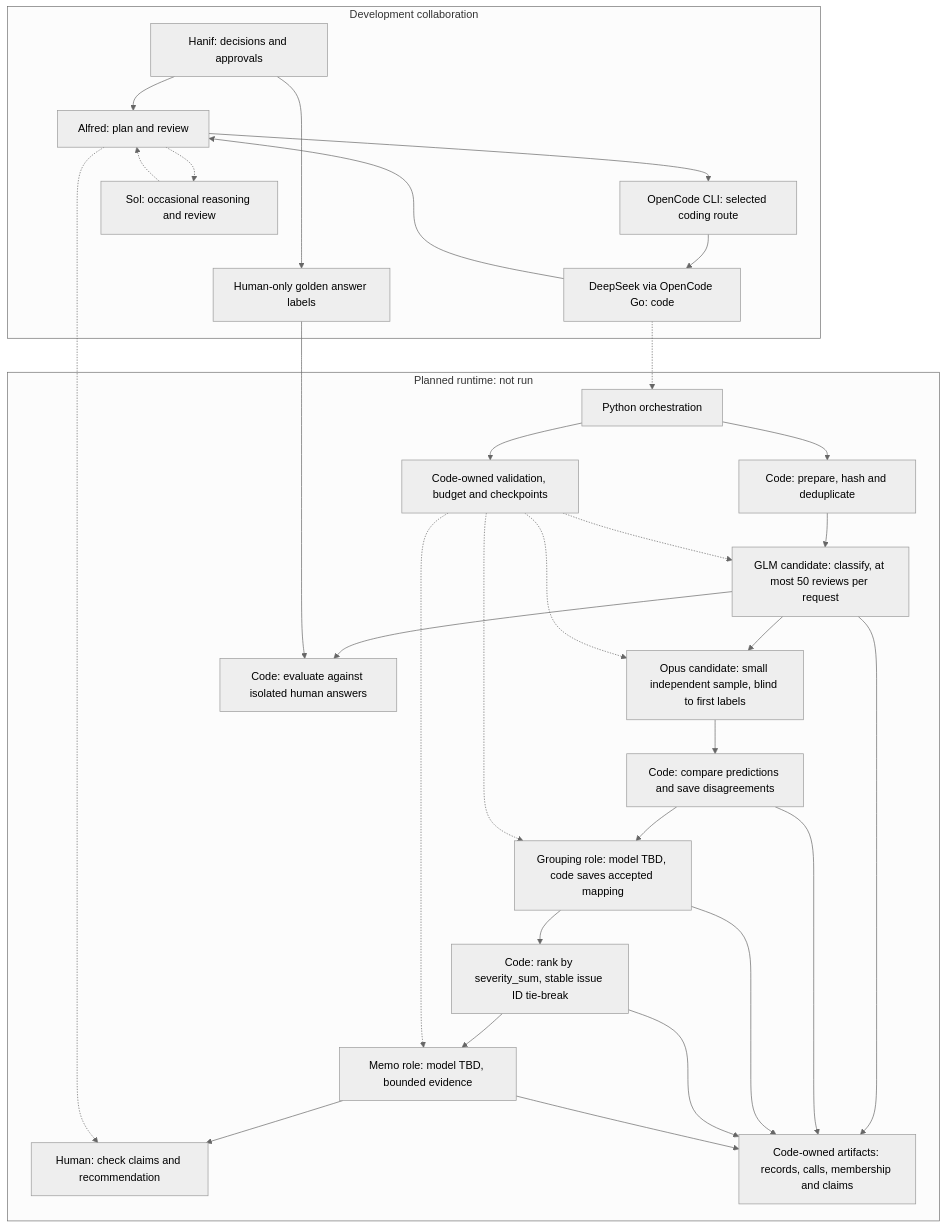
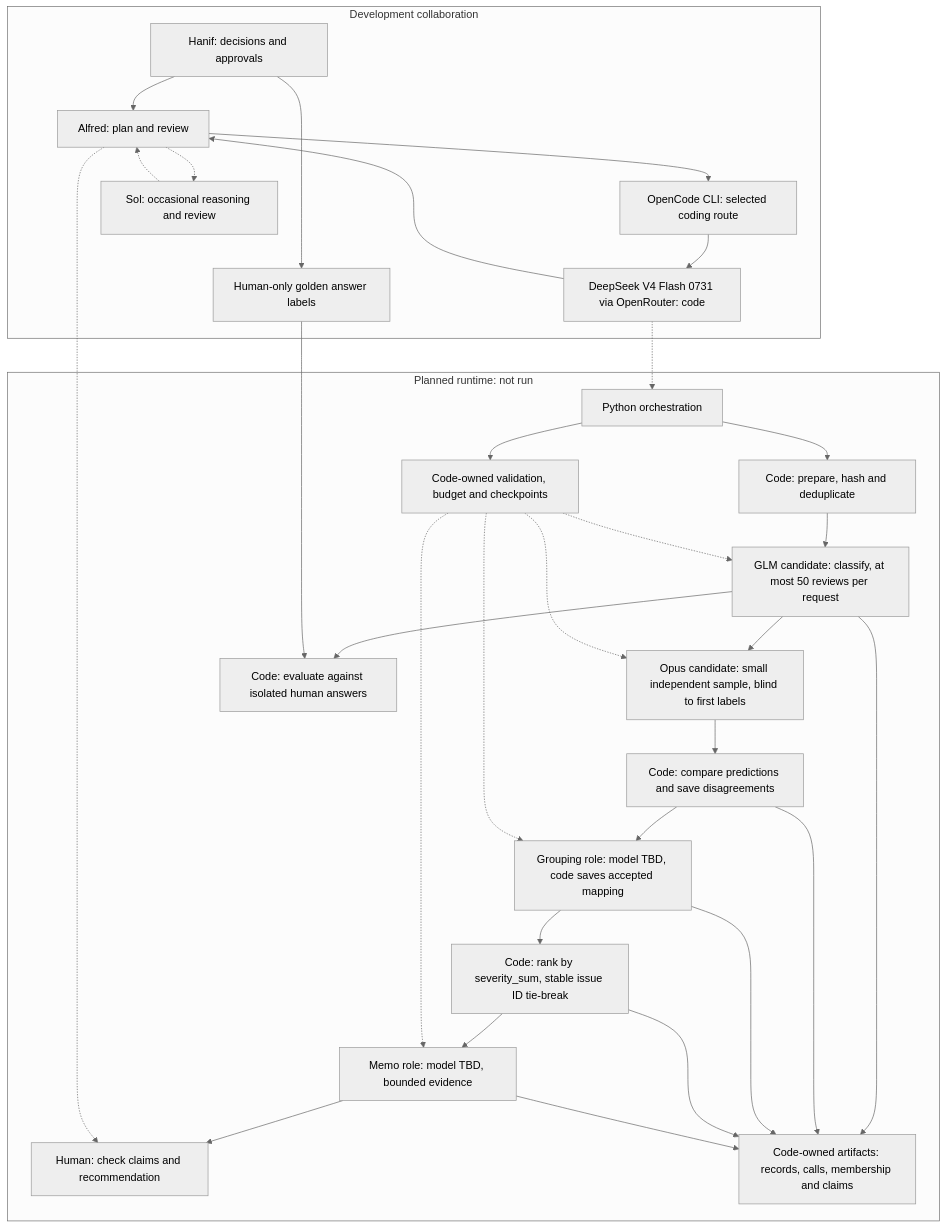
One commit to patronofalltrades/Fundamentals-of-Agentic-AI-Final-Assignment changed the diagram in docs/architecture.md. Above: the diagram before and after it, drawn with Mermaid (neutral theme). The commit also changed other lines of this file and 5 other files, not shown here.

Commit message:
docs: record DeepSeek V4 Flash 0731 OpenRouter coding route

````diff
--- a/docs/architecture.md
+++ b/docs/architecture.md
@@ -7,56 +7,56 @@
 ```mermaid
 flowchart TB
     subgraph DEV[Development collaboration]
         Hanif[Hanif: decisions and approvals]
         Alfred[Alfred: plan and review]
         CLI[OpenCode CLI: selected coding route]
-        DeepSeek[DeepSeek via OpenCode Go: code]
+        DeepSeek[DeepSeek V4 Flash 0731 via OpenRouter: code]
         Sol[Sol: occasional reasoning and review]
         Golden[Human-only golden answer labels]
         Hanif --> Alfred
         Alfred --> CLI
         CLI --> DeepSeek
         DeepSeek --> Alfred
         Alfred -.-> Sol
         Sol -.-> Alfred
         Hanif --> Golden
     end
 
     subgraph RUN[Planned runtime: not run]
         Python[Python orchestration]
         Prepare[Code: prepare, hash and deduplicate]
         Classify[GLM candidate: classify, at most 50 reviews per request]
         Verify[Opus candidate: small independent sample, blind to first labels]
         Compare[Code: compare predictions and save disagreements]
         Group[Grouping role: model TBD, code saves accepted mapping]
         Rank[Code: rank by severity_sum, stable issue ID tie-break]
         Memo[Memo role: model TBD, bounded evidence]
         Human[Human: check claims and recommendation]
         Saved[Code-owned artifacts: records, calls, membership and claims]
         Controls[Code-owned validation, budget and checkpoints]
         Eval[Code: evaluate against isolated human answers]
         Python --> Prepare
         Prepare --> Classify
         Classify --> Verify
         Verify --> Compare
         Compare --> Group
         Group --> Rank
         Rank --> Memo
         Memo --> Human
         Python --> Controls
         Controls -.-> Classify
         Controls -.-> Verify
         Controls -.-> Group
         Controls -.-> Memo
         Classify --> Saved
         Compare --> Saved
         Group --> Saved
         Rank --> Saved
         Memo --> Saved
         Classify --> Eval
     end
 
     DeepSeek -.-> Python
     Alfred -.-> Human
     Golden --> Eval
 ```
````
